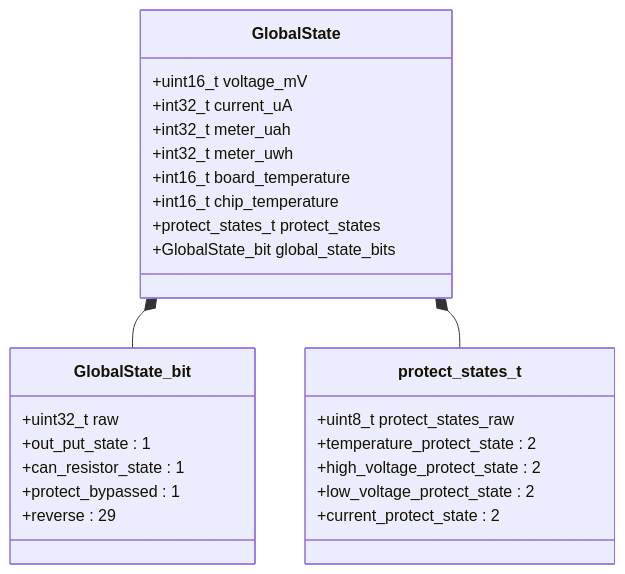
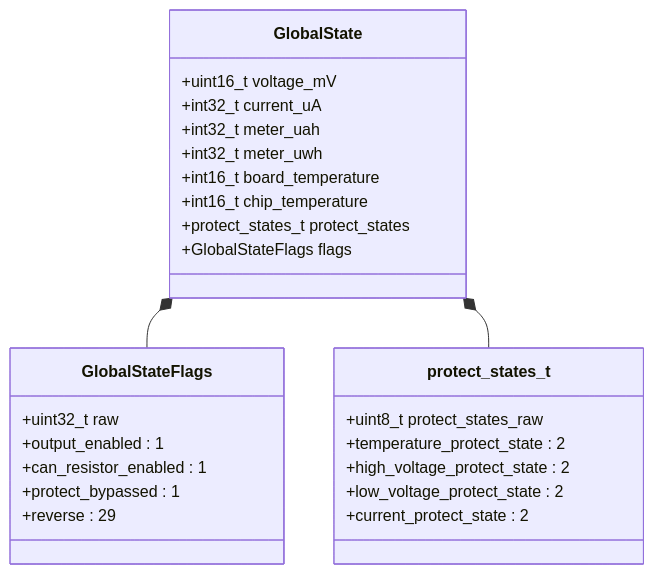
Before and after one commit to qingmeijiupiao/Wireless_power_meter_lite: the second of 2 diagrams in components/app/global_state/README.md, drawn with Mermaid. The commit also changed other lines of this file and 26 other files, not shown here.

````diff
--- a/components/app/global_state/README.md
+++ b/components/app/global_state/README.md
@@ -28,29 +28,29 @@
 ```mermaid
 classDiagram
     class GlobalState {
         +uint16_t voltage_mV
         +int32_t current_uA
         +int32_t meter_uah
         +int32_t meter_uwh
         +int16_t board_temperature
         +int16_t chip_temperature
         +protect_states_t protect_states
-        +GlobalState_bit global_state_bits
+        +GlobalStateFlags flags
     }
-    class GlobalState_bit {
+    class GlobalStateFlags {
         +uint32_t raw
-        +out_put_state : 1
-        +can_resistor_state : 1
+        +output_enabled : 1
+        +can_resistor_enabled : 1
         +protect_bypassed : 1
         +reverse : 29
     }
     class protect_states_t {
         +uint8_t protect_states_raw
         +temperature_protect_state : 2
         +high_voltage_protect_state : 2
         +low_voltage_protect_state : 2
         +current_protect_state : 2
     }
-    GlobalState *-- GlobalState_bit
+    GlobalState *-- GlobalStateFlags
     GlobalState *-- protect_states_t
 ```
````
